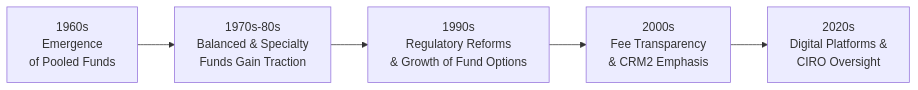
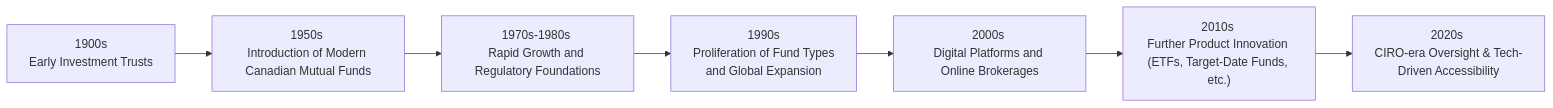
Before and after one commit to MasteryEducation/SecuritiesExamsMastery.ca: the diagram in content/ifc/1/1/index.md, drawn with Mermaid. The commit also changed other lines of this file and 130 other files, not shown here.

````diff
--- a/content/ifc/1/1/index.md
+++ b/content/ifc/1/1/index.md
@@ -76,13 +27,9 @@
 ```mermaid
 flowchart LR
-    A["1960s <br/>Emergence <br/>of Pooled Funds"]
-    B["1970s-80s <br/>Balanced & Specialty <br/>Funds Gain Traction"]
-    C["1990s <br/>Regulatory Reforms <br/>& Growth of Fund Options"]
-    D["2000s <br/>Fee Transparency <br/>& CRM2 Emphasis"]
-    E["2020s <br/>Digital Platforms & <br/>CIRO Oversight"]
-
-    A --> B
-    B --> C
-    C --> D
-    D --> E
+    A["1900s <br/>Early Investment Trusts"] --> B["1950s <br/>Introduction of Modern Canadian Mutual Funds"]
+    B --> C["1970s-1980s <br/>Rapid Growth and Regulatory Foundations"]
+    C --> D["1990s <br/>Proliferation of Fund Types <br/>and Global Expansion"]
+    D --> E["2000s <br/>Digital Platforms and Online Brokerages"]
+    E --> F["2010s <br/>Further Product Innovation <br/>(ETFs, Target-Date Funds, etc.)"]
+    F --> G["2020s <br/>CIRO-era Oversight & Tech-Driven Accessibility"]
 ```
````
